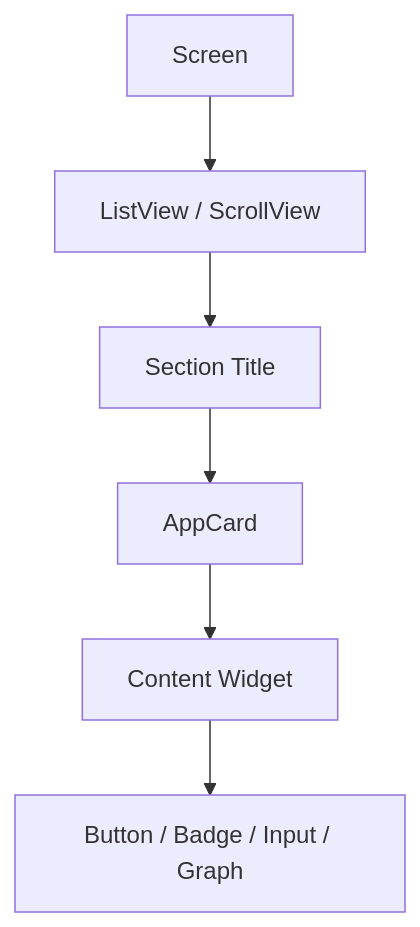
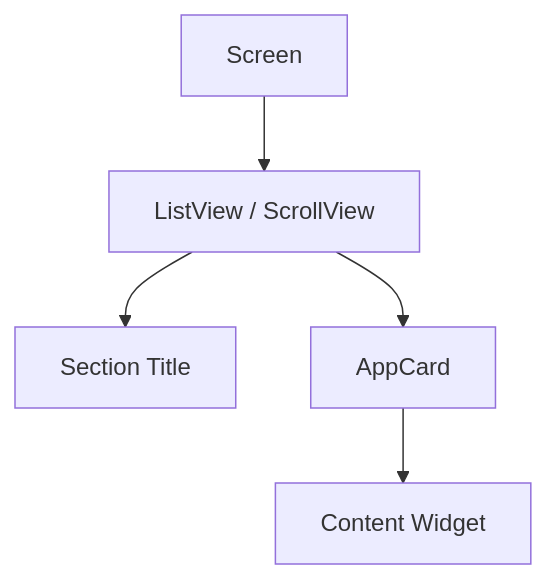
The fourth of 7 diagrams in README.md (hazzma/SmartBuilding-App-V2), drawn with Mermaid before and after one commit. The commit also changed other lines of this file, not shown here.

Commit message:
Update README.md to match codebase and new InfluxDB architecture

````diff
--- a/README.md
+++ b/README.md
@@ -134,8 +117,7 @@
 ```mermaid
 flowchart TD
     A[Screen] --> B[ListView / ScrollView]
     B --> C[Section Title]
-    C --> D[AppCard]
+    B --> D[AppCard]
     D --> E[Content Widget]
-    E --> F[Button / Badge / Input / Graph]
 ```
````
